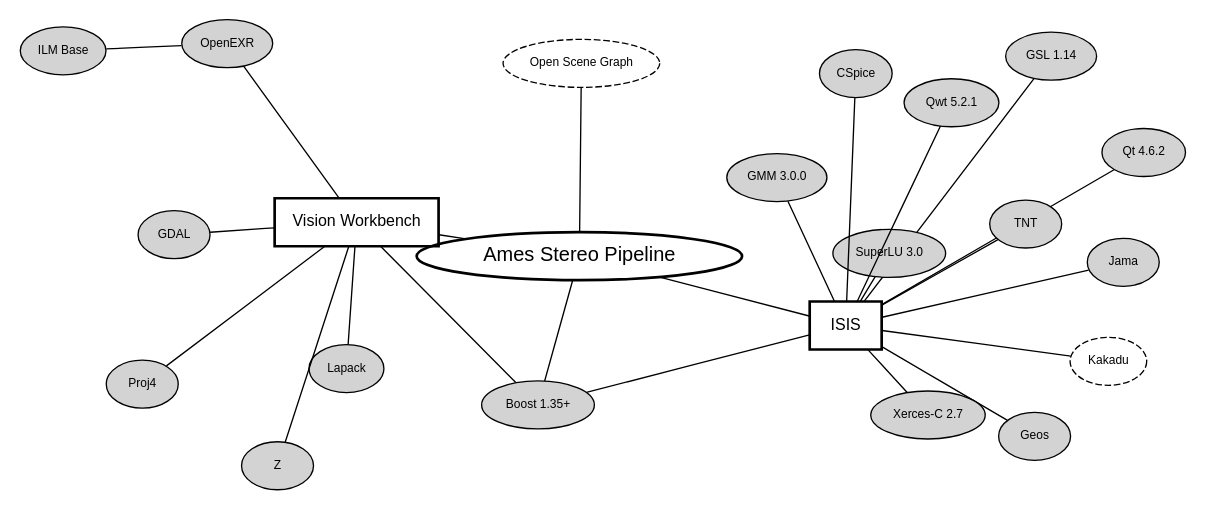
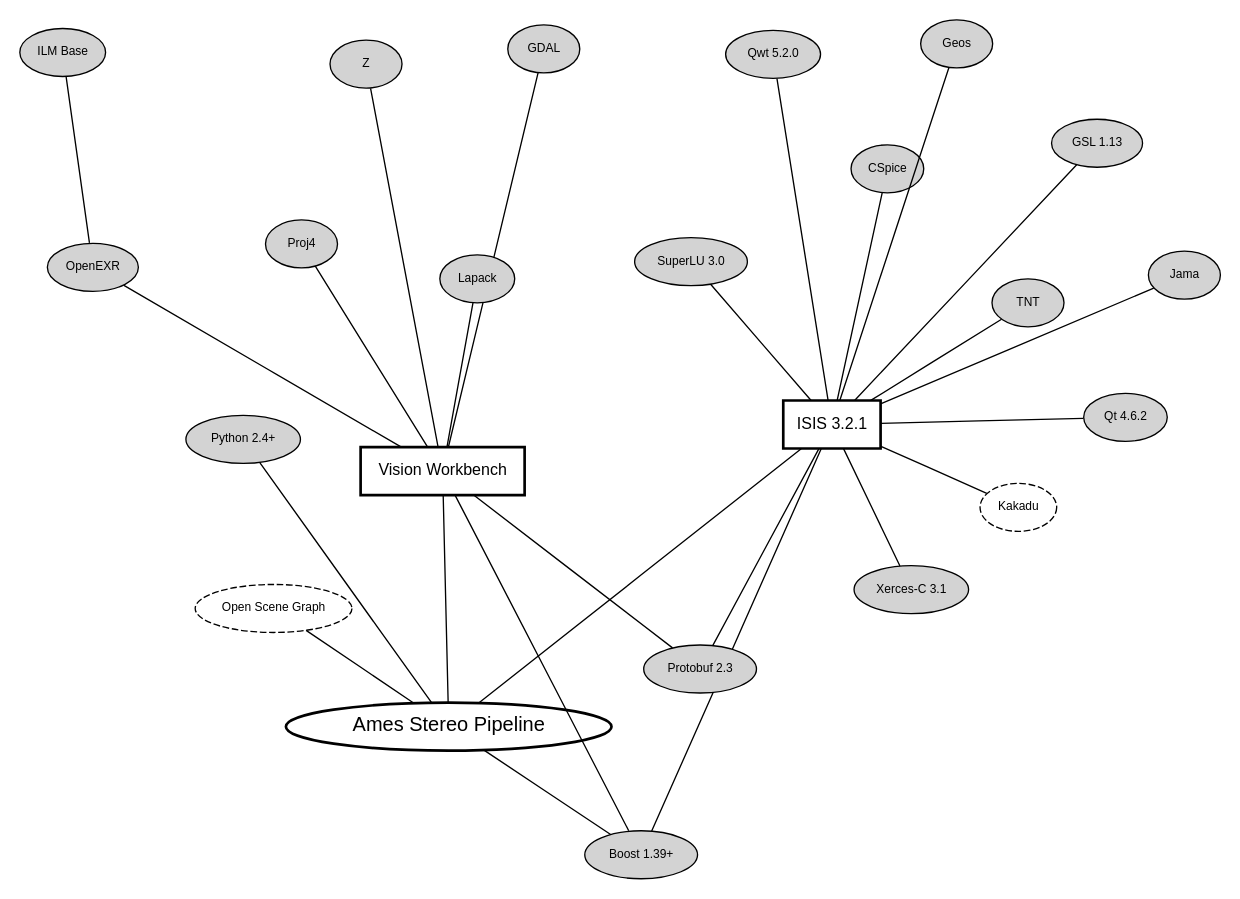
One commit to NeoGeographyToolkit/StereoPipeline changed the diagram in docs/book/graph/asp_deps.dot. Above: the diagram before and after it, drawn with Graphviz. The commit also changed 5 other files, not shown here.

```diff
--- a/docs/book/graph/asp_deps.dot
+++ b/docs/book/graph/asp_deps.dot
@@ -1,59 +1,61 @@
 graph g {
 
 layout="sfdp";
 //maxiter=1000000000;
 //overlap=false;
 mode="KK";
 //defaultdist=5;
 //normalize=true;
 //Damping=0.6;
 pad=0.1;
 K=1.5
 
 
 node [fontname="Helvetica"];
 // ASP
 node [fontsize=15,shape=ellipse,style=bold];
 "Ames Stereo Pipeline";
 // Important Nodes
 node [fontsize=12,shape=box,style=bold];
-"Vision Workbench"; "ISIS";
+"Vision Workbench"; "ISIS 3.2.1";
 // Minor Nodes
 node [fontsize=9,shape=ellipse,style=filled];
-"GDAL"; "OpenEXR"; "Lapack"; "Boost 1.35+";"Qt 4.6.2";
-"Jama"; "TNT"; "GSL 1.14"; "GMM 3.0.0"; "Proj4";
-"SuperLU 3.0"; "CSpice"; "Qwt 5.2.1"; "Geos"; "Z";
-"Xerces-C 2.7"; "ILM Base";
+"GDAL"; "OpenEXR"; "Lapack"; "Boost 1.39+";"Qt 4.6.2";
+"Jama"; "TNT"; "GSL 1.13"; "Proj4";
+"SuperLU 3.0"; "CSpice"; "Qwt 5.2.0"; "Geos"; "Z";
+"Xerces-C 3.1"; "ILM Base"; "Protobuf 2.3"; "Python 2.4+";
 
 // Optional Nodes
 node [fontsize=9,style=dashed]; "Open Scene Graph";
 "Kakadu";
 
 
 "Vision Workbench" -- "Ames Stereo Pipeline"
 "Open Scene Graph" -- "Ames Stereo Pipeline"
-"ISIS" -- "Ames Stereo Pipeline"
-"Boost 1.35+" -- "Ames Stereo Pipeline"
+"ISIS 3.2.1" -- "Ames Stereo Pipeline"
+"Boost 1.39+" -- "Ames Stereo Pipeline"
+"Python 2.4+" -- "Ames Stereo Pipeline"
 
 "GDAL" -- "Vision Workbench"
 "OpenEXR" -- "Vision Workbench";
 "ILM Base" -- "OpenEXR";
 "Lapack" -- "Vision Workbench";
-"Boost 1.35+" -- "Vision Workbench";
+"Boost 1.39+" -- "Vision Workbench";
 "Proj4" -- "Vision Workbench";
 "Z" -- "Vision Workbench";
+"Protobuf 2.3" -- "Vision Workbench";
 
-"Qt 4.6.2" -- "ISIS";
-"Jama" -- "ISIS";
-"Boost 1.35+" -- "ISIS";
-"TNT" -- "ISIS";
-"GSL 1.14" -- "ISIS";
-"GMM 3.0.0" -- "ISIS";
-"SuperLU 3.0" -- "ISIS";
-"CSpice" -- "ISIS";
-"Qwt 5.2.1" -- "ISIS";
-"Xerces-C 2.7" -- "ISIS";
-"Kakadu" -- "ISIS";
-"Geos" -- "ISIS";
+"Qt 4.6.2" -- "ISIS 3.2.1";
+"Jama" -- "ISIS 3.2.1";
+"Boost 1.39+" -- "ISIS 3.2.1";
+"TNT" -- "ISIS 3.2.1";
+"GSL 1.13" -- "ISIS 3.2.1";
+"SuperLU 3.0" -- "ISIS 3.2.1";
+"CSpice" -- "ISIS 3.2.1";
+"Qwt 5.2.0" -- "ISIS 3.2.1";
+"Xerces-C 3.1" -- "ISIS 3.2.1";
+"Kakadu" -- "ISIS 3.2.1";
+"Geos" -- "ISIS 3.2.1";
+"Protobuf 2.3" -- "ISIS 3.2.1";
 
 }
```
